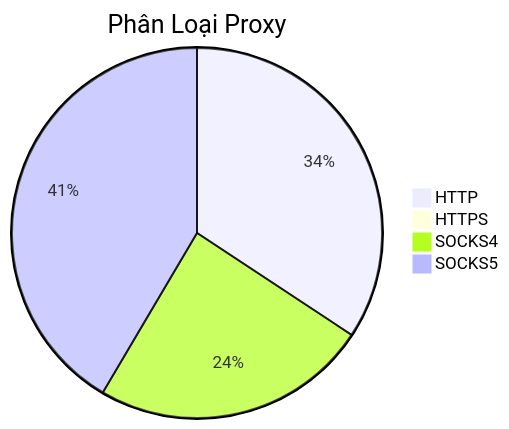
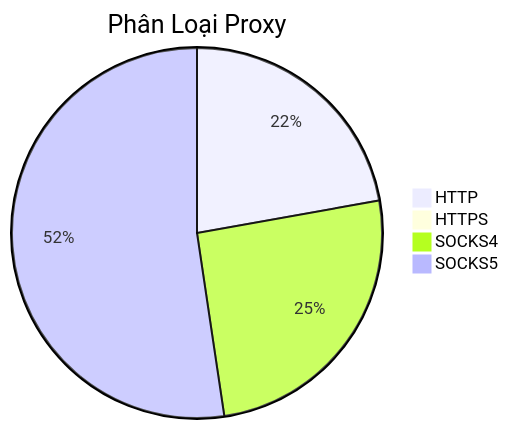
Before and after one commit to Ciara-12/PROXY-free: the diagram in README.md, drawn with Mermaid. The commit also changed other lines of this file and 4 other files, not shown here.

````diff
--- a/README.md
+++ b/README.md
@@ -26,7 +26,7 @@
 ```mermaid
 pie title Phân Loại Proxy
-    "HTTP" : 545
-    "HTTPS" : 1
-    "SOCKS4" : 385
-    "SOCKS5" : 660
+    "HTTP" : 447
+    "HTTPS" : 0
+    "SOCKS4" : 513
+    "SOCKS5" : 1055
 ```
````
